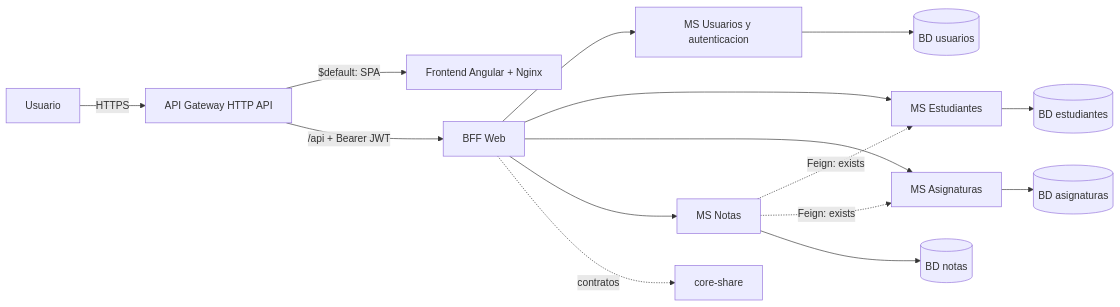
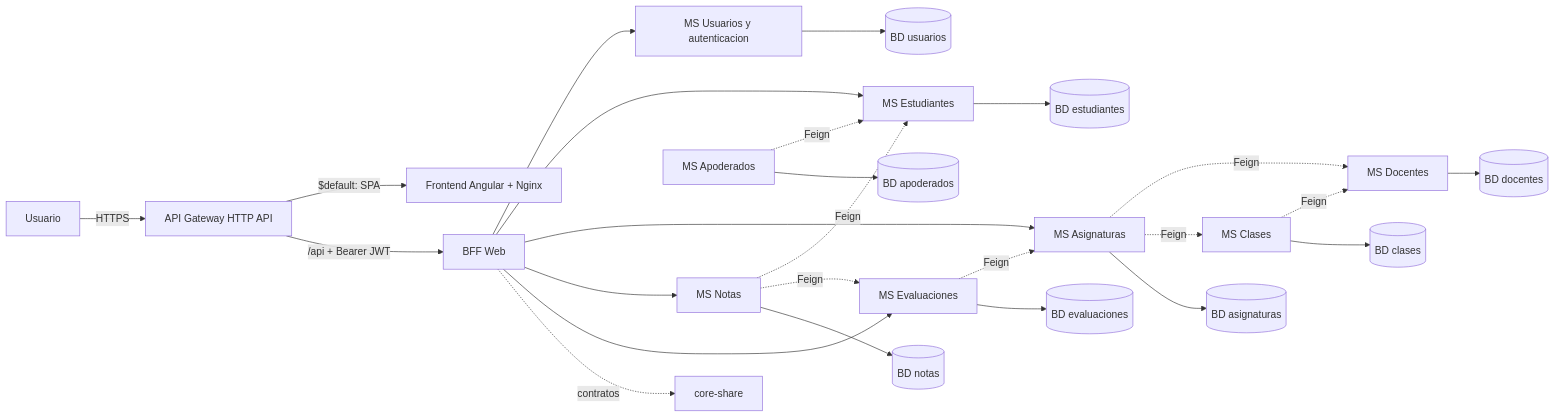
Before and after one commit to COdelValle/SIGA-Project: the diagram in docs/arquitectura.md, drawn with Mermaid. The commit also changed other lines of this file and 3 other files, not shown here.

````diff
--- a/docs/arquitectura.md
+++ b/docs/arquitectura.md
@@ -7,17 +7,27 @@
 ```mermaid
 flowchart LR
     U[Usuario] -->|HTTPS| G[API Gateway HTTP API]
     G -->|$default: SPA| F[Frontend Angular + Nginx]
     G -->|/api + Bearer JWT| B[BFF Web]
     B --> A[MS Usuarios y autenticacion]
     B --> E[MS Estudiantes]
     B --> S[MS Asignaturas]
     B --> N[MS Notas]
-    N -. Feign: exists .-> E
-    N -. Feign: exists .-> S
+    B --> V[MS Evaluaciones]
+    N -. Feign .-> E
+    N -. Feign .-> V
+    V -. Feign .-> S
+    S -. Feign .-> D[MS Docentes]
+    S -. Feign .-> C[MS Clases]
+    C -. Feign .-> D
+    P[MS Apoderados] -. Feign .-> E
     A --> DA[(BD usuarios)]
     E --> DE[(BD estudiantes)]
     S --> DS[(BD asignaturas)]
     N --> DN[(BD notas)]
-    B -. contratos .-> C[core-share]
+    D --> DD[(BD docentes)]
+    P --> DP[(BD apoderados)]
+    C --> DC[(BD clases)]
+    V --> DV[(BD evaluaciones)]
+    B -. contratos .-> CS[core-share]
 ```
````
